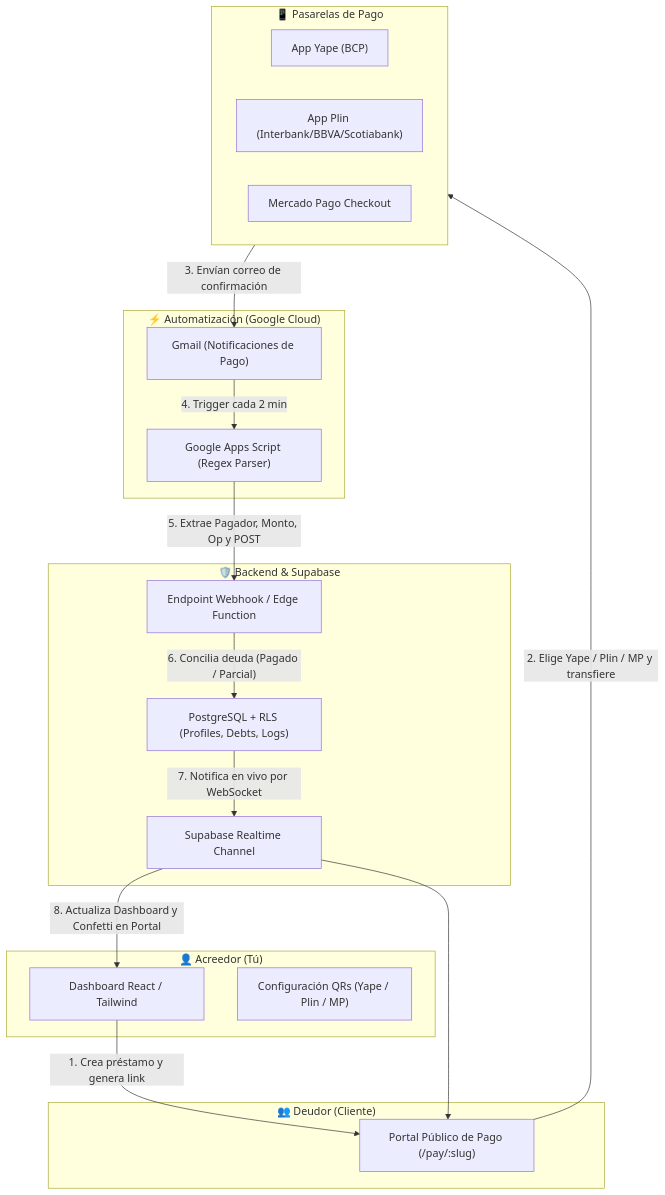
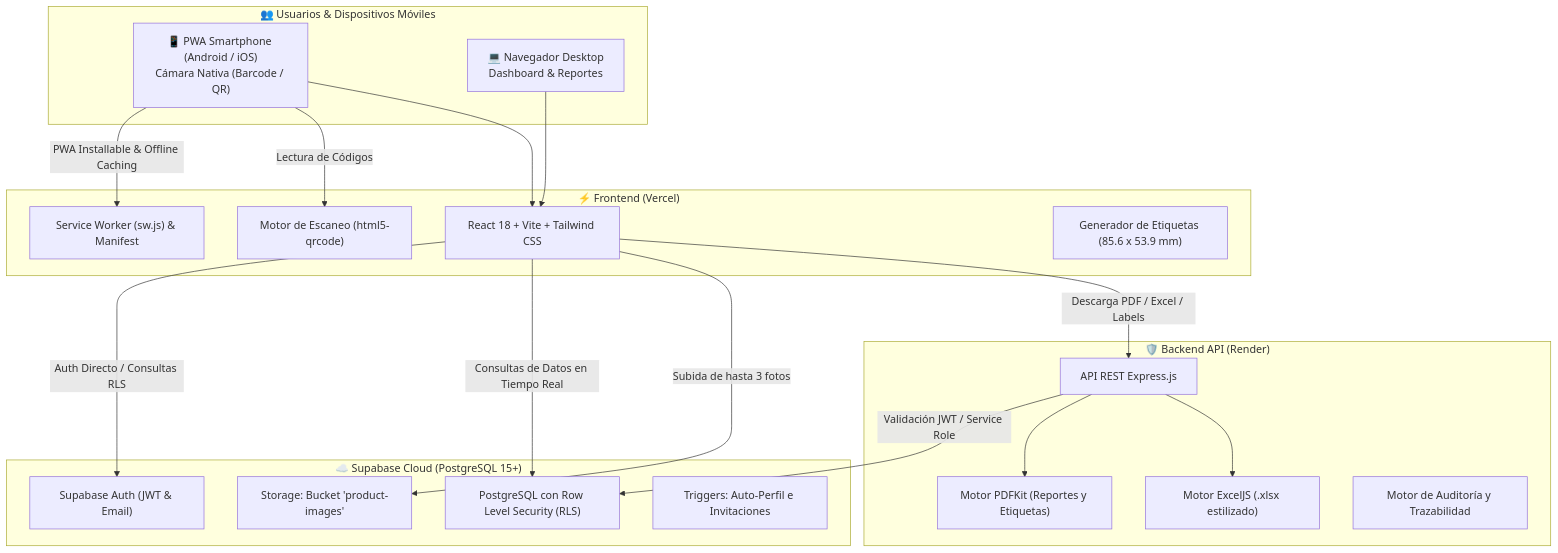
Before and after one commit to Carlos1502L/InventarioCoop: the diagram in README.md, drawn with Mermaid. The commit also changed other lines of this file and 59 other files, not shown here.

````diff
--- a/README.md
+++ b/README.md
@@ -9,38 +15,41 @@
 ```mermaid
 flowchart TD
-    subgraph Acreedor ["👤 Acreedor (Tú)"]
-        Dashboard["Dashboard React / Tailwind"]
-        Settings["Configuración QRs (Yape / Plin / MP)"]
+    subgraph Usuarios ["👥 Usuarios & Dispositivos Móviles"]
+        MobilePWA["📱 PWA Smartphone (Android / iOS)<br/>Cámara Nativa (Barcode / QR)"]
+        DesktopWeb["💻 Navegador Desktop<br/>Dashboard & Reportes"]
     end
 
-    subgraph Deudor ["👥 Deudor (Cliente)"]
-        PortalPago["Portal Público de Pago (/pay/:slug)"]
+    subgraph FrontendVercel ["⚡ Frontend (Vercel)"]
+        ReactApp["React 18 + Vite + Tailwind CSS"]
+        ServiceWorker["Service Worker (sw.js) & Manifest"]
+        ScannerEngine["Motor de Escaneo (html5-qrcode)"]
+        PrintEngine["Generador de Etiquetas (85.6 x 53.9 mm)"]
     end
 
-    subgraph Pasarelas ["📱 Pasarelas de Pago"]
-        Yape["App Yape (BCP)"]
-        Plin["App Plin (Interbank/BBVA/Scotiabank)"]
-        MP["Mercado Pago Checkout"]
+    subgraph BackendRender ["🛡️ Backend API (Render)"]
+        ExpressAPI["API REST Express.js"]
+        PDFService["Motor PDFKit (Reportes y Etiquetas)"]
+        ExcelService["Motor ExcelJS (.xlsx estilizado)"]
+        AuditEngine["Motor de Auditoría y Trazabilidad"]
     end
 
-    subgraph Automatizacion ["⚡ Automatización (Google Cloud)"]
-        Gmail["Gmail (Notificaciones de Pago)"]
-        GAS["Google Apps Script (Regex Parser)"]
+    subgraph SupabaseCloud ["☁️ Supabase Cloud (PostgreSQL 15+)"]
+        AuthModule["Supabase Auth (JWT & Email)"]
+        PostgresRLS["PostgreSQL con Row Level Security (RLS)"]
+        StorageBucket["Storage: Bucket 'product-images'"]
+        AutoTrigger["Triggers: Auto-Perfil e Invitaciones"]
     end
 
-    subgraph BackendDB ["🛡️ Backend & Supabase"]
-        Webhook["Endpoint Webhook / Edge Function"]
-        Postgres["PostgreSQL + RLS (Profiles, Debts, Logs)"]
-        Realtime["Supabase Realtime Channel"]
-    end
+    MobilePWA -->|"PWA Installable & Offline Caching"| ServiceWorker
+    MobilePWA -->|"Lectura de Códigos"| ScannerEngine
+    MobilePWA & DesktopWeb --> ReactApp
 
-    Dashboard -->|"1. Crea préstamo y genera link"| PortalPago
-    PortalPago -->|"2. Elige Yape / Plin / MP y transfiere"| Pasarelas
-    Pasarelas -->|"3. Envían correo de confirmación"| Gmail
-    Gmail -->|"4. Trigger cada 2 min"| GAS
-    GAS -->|"5. Extrae Pagador, Monto, Op y POST"| Webhook
-    Webhook -->|"6. Concilia deuda (Pagado / Parcial)"| Postgres
-    Postgres -->|"7. Notifica en vivo por WebSocket"| Realtime
-    Realtime -->|"8. Actualiza Dashboard y Confetti en Portal"| Dashboard
-    Realtime --> PortalPago
+    ReactApp -->|"Auth Directo / Consultas RLS"| AuthModule
+    ReactApp -->|"Consultas de Datos en Tiempo Real"| PostgresRLS
+    ReactApp -->|"Subida de hasta 3 fotos"| StorageBucket
+    ReactApp -->|"Descarga PDF / Excel / Labels"| ExpressAPI
+
+    ExpressAPI -->|"Validación JWT / Service Role"| PostgresRLS
+    ExpressAPI --> PDFService
+    ExpressAPI --> ExcelService
 ```
````
